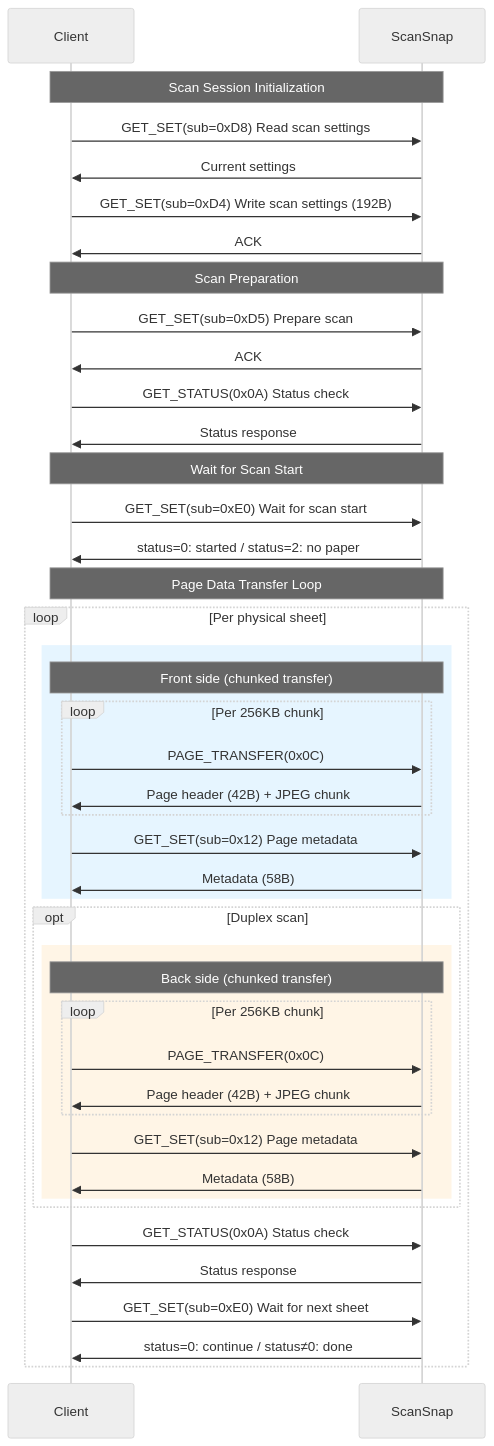
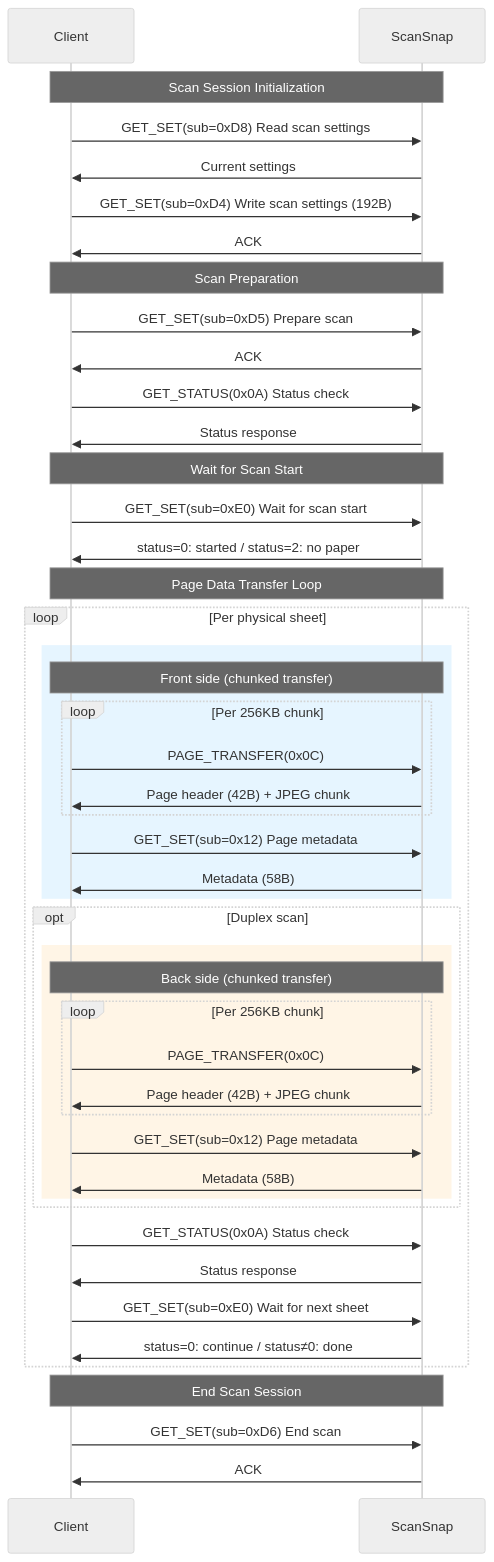
Before and after one commit to mzyy94/AirScap: the third of 4 diagrams in protocol.en.md, drawn with Mermaid (neutral theme). The commit also changed other lines of this file and 6 other files, not shown here.

````diff
--- a/protocol.en.md
+++ b/protocol.en.md
@@ -701,49 +712,53 @@
 ```mermaid
 sequenceDiagram
     participant C as Client
     participant S as ScanSnap
 
     Note over C,S: Scan Session Initialization
     C->>S: GET_SET(sub=0xD8) Read scan settings
     S->>C: Current settings
     C->>S: GET_SET(sub=0xD4) Write scan settings (192B)
     S->>C: ACK
 
     Note over C,S: Scan Preparation
     C->>S: GET_SET(sub=0xD5) Prepare scan
     S->>C: ACK
     C->>S: GET_STATUS(0x0A) Status check
     S->>C: Status response
 
     Note over C,S: Wait for Scan Start
     C->>S: GET_SET(sub=0xE0) Wait for scan start
     S->>C: status=0: started / status=2: no paper
 
     Note over C,S: Page Data Transfer Loop
     loop Per physical sheet
         rect rgb(230, 245, 255)
             Note over C,S: Front side (chunked transfer)
             loop Per 256KB chunk
                 C->>S: PAGE_TRANSFER(0x0C)
                 S->>C: Page header (42B) + JPEG chunk
             end
             C->>S: GET_SET(sub=0x12) Page metadata
             S->>C: Metadata (58B)
         end
         opt Duplex scan
             rect rgb(255, 245, 230)
                 Note over C,S: Back side (chunked transfer)
                 loop Per 256KB chunk
                     C->>S: PAGE_TRANSFER(0x0C)
                     S->>C: Page header (42B) + JPEG chunk
                 end
                 C->>S: GET_SET(sub=0x12) Page metadata
                 S->>C: Metadata (58B)
             end
         end
         C->>S: GET_STATUS(0x0A) Status check
         S->>C: Status response
         C->>S: GET_SET(sub=0xE0) Wait for next sheet
         S->>C: status=0: continue / status≠0: done
     end
+
+    Note over C,S: End Scan Session
+    C->>S: GET_SET(sub=0xD6) End scan
+    S->>C: ACK
 ```
````
